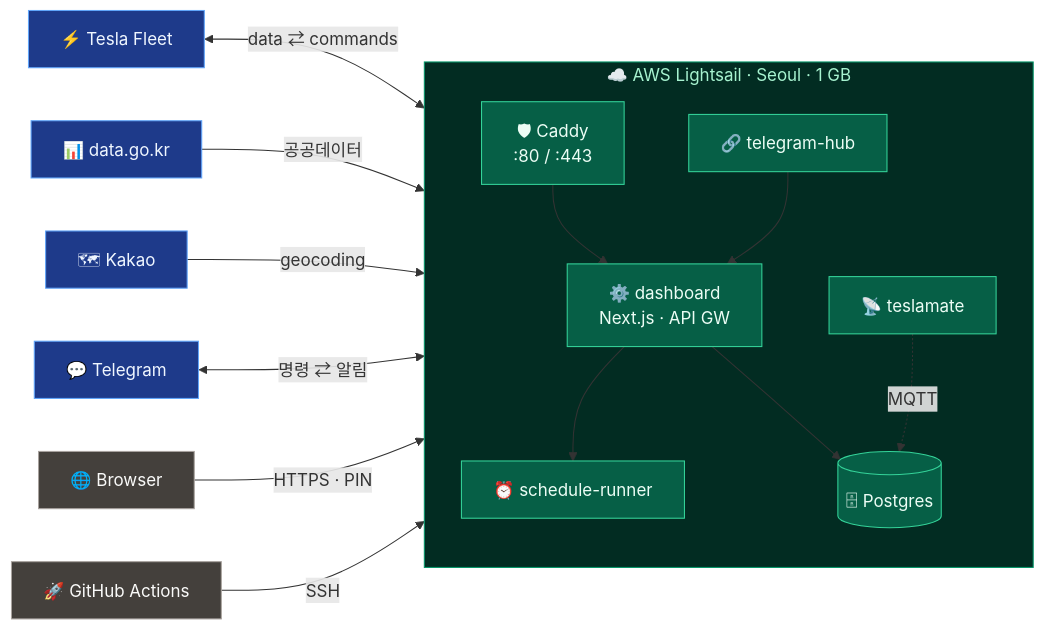
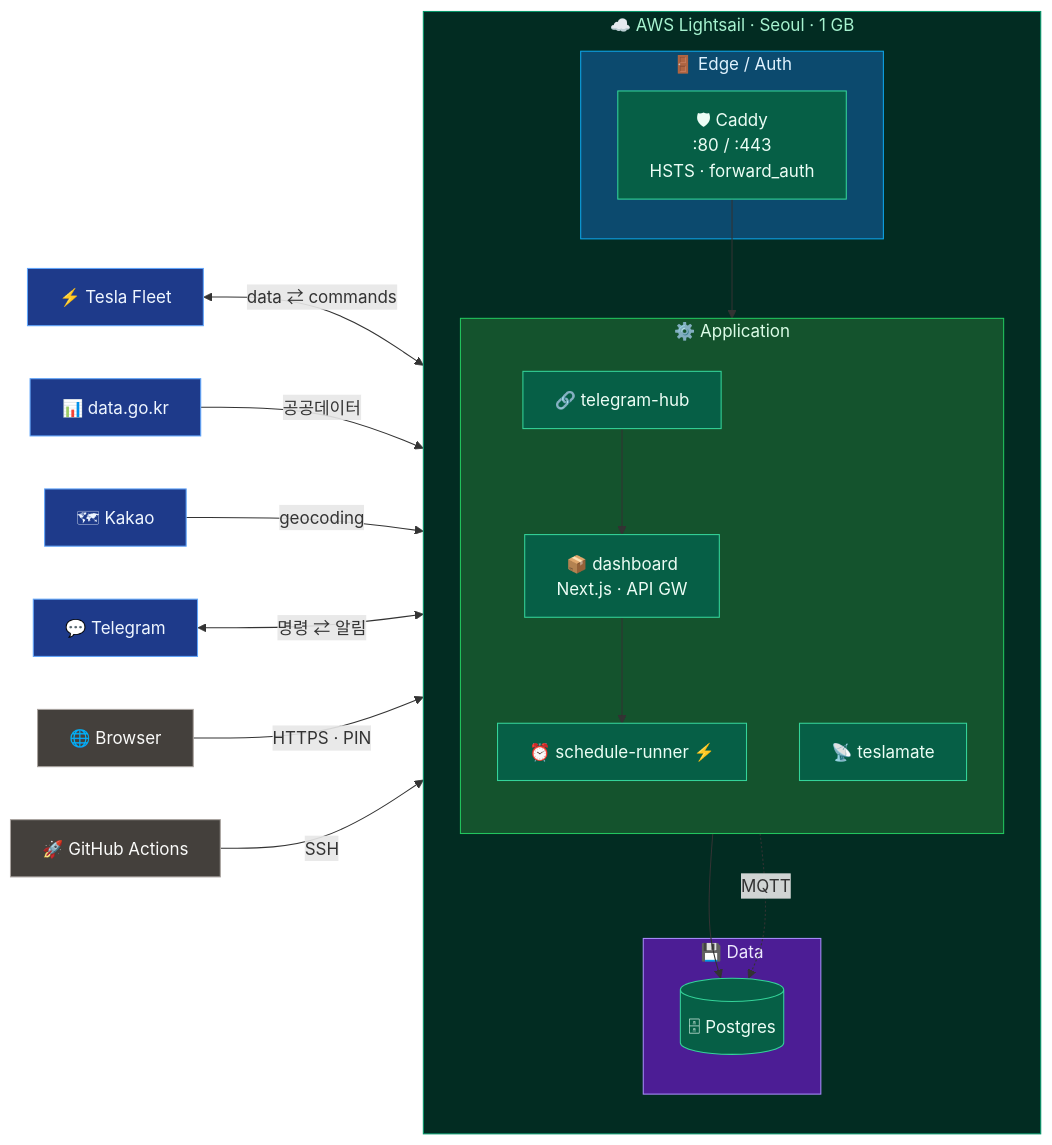
One commit to ComMslee/myDash changed the diagram in README.md. Above: the diagram before and after it, drawn with Mermaid.

Commit message:
docs(readme): Lightsail 내부 3 레이어 분리 (Edge / Application / Data)
- 🚪 Edge / Auth — Caddy
- ⚙️ Application — dashboard · schedule-runner · telegram-hub · teslamate
- 💾 Data — Postgres
- 레이어별 색상 톤 차별화 (sky / green / violet)

````diff
--- a/README.md
+++ b/README.md
@@ -18,39 +18,53 @@
 ```mermaid
 flowchart LR
     Tesla["⚡ Tesla Fleet"]
     Gov["📊 data.go.kr"]
     Kakao["🗺 Kakao"]
     TG["💬 Telegram"]
     Browser["🌐 Browser"]
     GHA["🚀 GitHub Actions"]
 
     subgraph LS["☁️ AWS Lightsail · Seoul · 1 GB"]
         direction TB
-        Caddy["🛡 Caddy<br/>:80 / :443"]
-        Dashboard["⚙️ dashboard<br/>Next.js · API GW"]
-        Scheduler["⏰ schedule-runner"]
-        Hub["🔗 telegram-hub"]
-        TM["📡 teslamate"]
-        DB[("🗄 Postgres")]
+
+        subgraph Edge["🚪 Edge / Auth"]
+            Caddy["🛡 Caddy<br/>:80 / :443<br/>HSTS · forward_auth"]
+        end
+
+        subgraph App["⚙️ Application"]
+            direction TB
+            Dashboard["📦 dashboard<br/>Next.js · API GW"]
+            Scheduler["⏰ schedule-runner ⚡"]
+            Hub["🔗 telegram-hub"]
+            TM["📡 teslamate"]
+        end
+
+        subgraph Data["💾 Data"]
+            DB[("🗄 Postgres")]
+        end
+
         Caddy --> Dashboard
         Dashboard --> Scheduler
         Hub --> Dashboard
         Dashboard --> DB
         TM -. MQTT .-> DB
     end
 
     Tesla   <-->|"data ⇄ commands"| Dashboard
     Gov     -->|"공공데이터"| Dashboard
     Kakao   -->|"geocoding"| Dashboard
     TG      <-->|"명령 ⇄ 알림"| Hub
     Browser -->|"HTTPS · PIN"| Caddy
     GHA     -->|"SSH"| Caddy
 
     classDef ext fill:#1e3a8a,stroke:#60a5fa,color:#eff6ff
     classDef ls fill:#065f46,stroke:#34d399,color:#ecfdf5
     classDef cli fill:#44403c,stroke:#a8a29e,color:#fafaf9
     class Tesla,Gov,Kakao,TG ext
     class Caddy,Dashboard,Scheduler,Hub,TM,DB ls
     class Browser,GHA cli
     style LS fill:#022c22,stroke:#059669,color:#a7f3d0
+    style Edge fill:#0c4a6e,stroke:#0ea5e9,color:#e0f2fe
+    style App fill:#14532d,stroke:#22c55e,color:#dcfce7
+    style Data fill:#4c1d95,stroke:#a78bfa,color:#ede9fe
 ```
````
